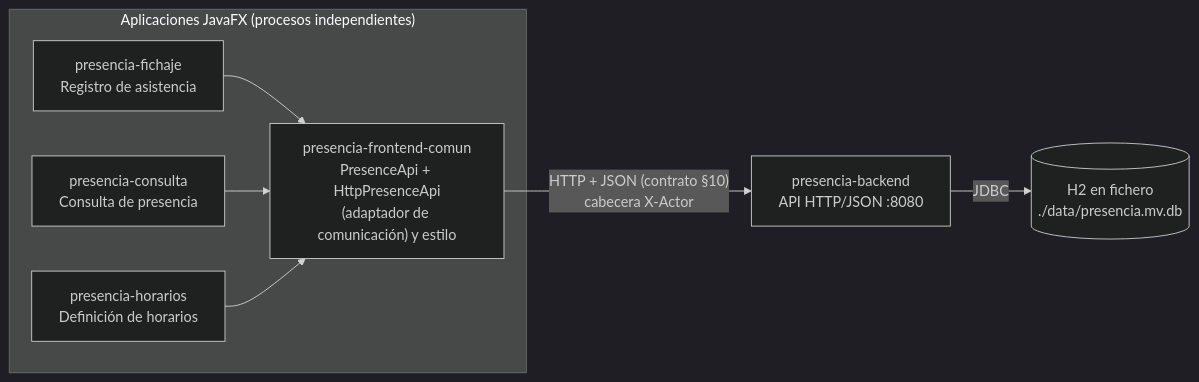
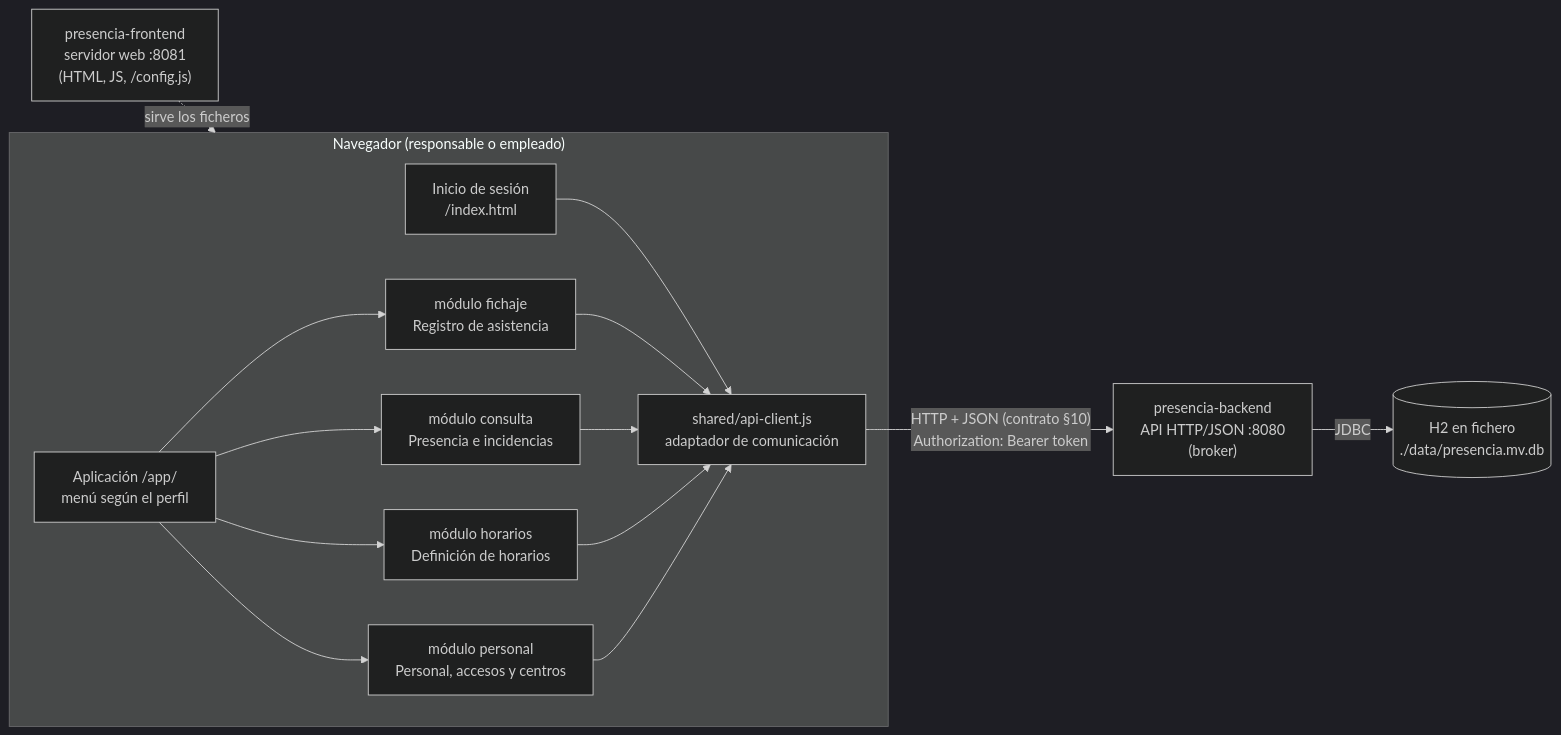
Before and after one commit to Jiujitsu2816/Asistance-app: the first of 3 diagrams in README.md, drawn with Mermaid (dark theme). The commit also changed other lines of this file and 72 other files, not shown here.

First line of the commit message:
Aplicacion web unica con inicio de sesion por perfil (responsable/empleado)

````diff
--- a/README.md
+++ b/README.md
@@ -174,14 +173,20 @@
 ```mermaid
 flowchart LR
-    subgraph Escritorio["Aplicaciones JavaFX (procesos independientes)"]
-        F1["presencia-fichaje<br/>Registro de asistencia"]
-        F2["presencia-consulta<br/>Consulta de presencia"]
-        F3["presencia-horarios<br/>Definición de horarios"]
-        C["presencia-frontend-comun<br/>PresenceApi + HttpPresenceApi<br/>(adaptador de comunicación) y estilo"]
-        F1 & F2 & F3 --> C
+    subgraph Navegador["Navegador (responsable o empleado)"]
+        L["Inicio de sesión<br/>/index.html"]
+        A["Aplicación /app/<br/>menú según el perfil"]
+        M1["módulo fichaje<br/>Registro de asistencia"]
+        M2["módulo consulta<br/>Presencia e incidencias"]
+        M3["módulo horarios<br/>Definición de horarios"]
+        M4["módulo personal<br/>Personal, accesos y centros"]
+        C["shared/api-client.js<br/>adaptador de comunicación"]
+        L --> C
+        A --> M1 & M2 & M3 & M4 --> C
     end
-    BE["presencia-backend<br/>API HTTP/JSON :8080"]
+    FS["presencia-frontend<br/>servidor web :8081<br/>(HTML, JS, /config.js)"]
+    BE["presencia-backend<br/>API HTTP/JSON :8080<br/>(broker)"]
     DB[("H2 en fichero<br/>./data/presencia.mv.db")]
-    C -- "HTTP + JSON (contrato §10)<br/>cabecera X-Actor" --> BE
+    FS -. sirve los ficheros .-> Navegador
+    C -- "HTTP + JSON (contrato §10)<br/>Authorization: Bearer token" --> BE
     BE -- JDBC --> DB
 ```
````
